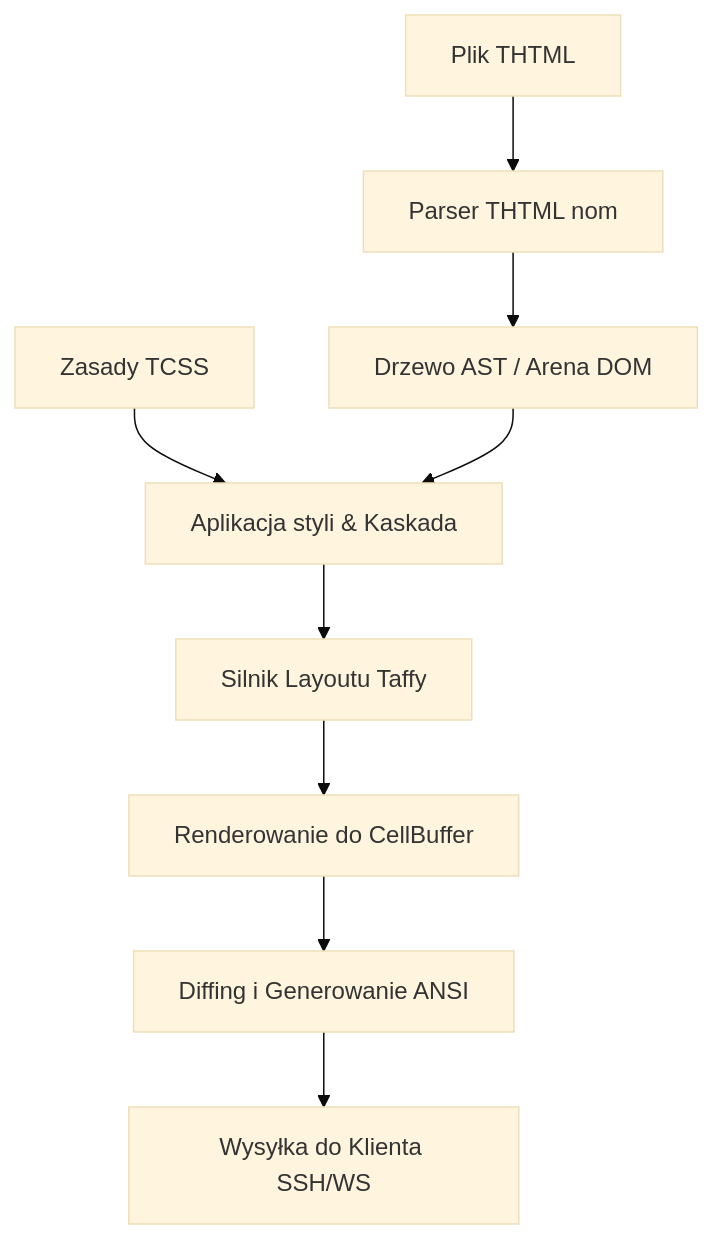
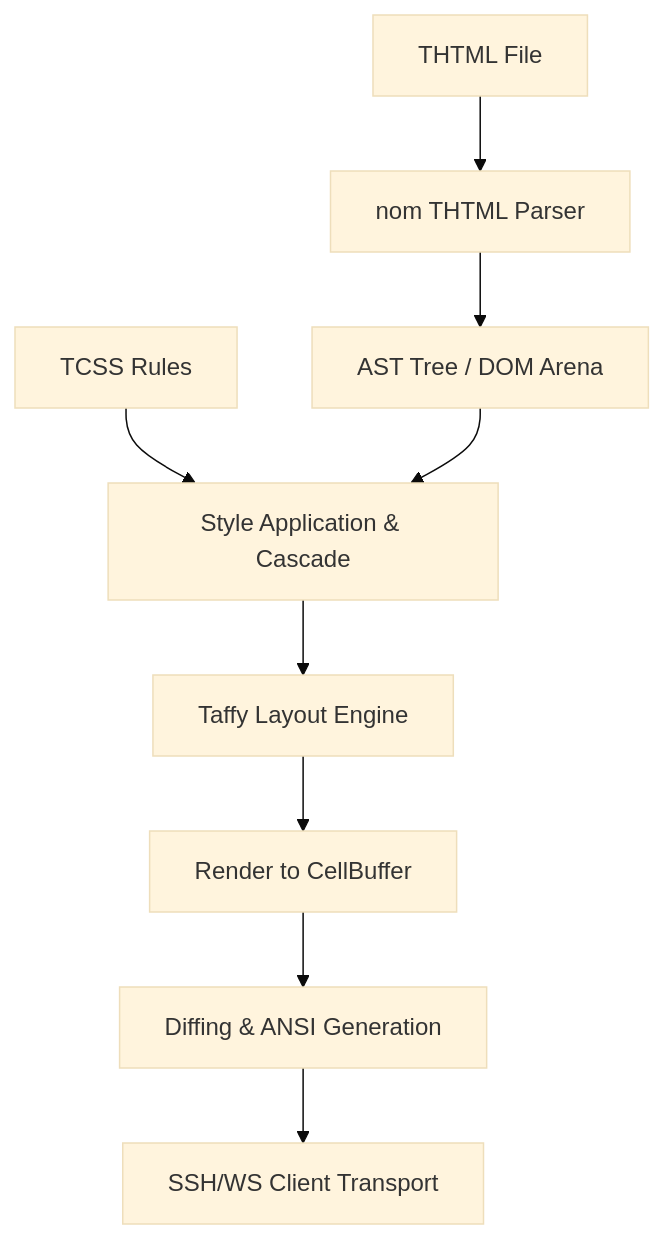
Before and after one commit to slavek-is-hyperreal/oxiterm: the diagram in docs/ARCHITECTURE.md, drawn with Mermaid (base theme). The commit also changed other lines of this file and 16 other files, not shown here.

````diff
--- a/docs/ARCHITECTURE.md
+++ b/docs/ARCHITECTURE.md
@@ -34,11 +34,11 @@
 ```mermaid
 graph TD
-    THTML[Plik THTML] --> Parser[Parser THTML nom]
-    Parser --> AST[Drzewo AST / Arena DOM]
-    CSS[Zasady TCSS] --> Cascade[Aplikacja styli & Kaskada]
+    THTML[THTML File] --> Parser[nom THTML Parser]
+    Parser --> AST[AST Tree / DOM Arena]
+    CSS[TCSS Rules] --> Cascade[Style Application & Cascade]
     AST --> Cascade
-    Cascade --> Layout[Silnik Layoutu Taffy]
-    Layout --> Render[Renderowanie do CellBuffer]
-    Render --> Diff[Diffing i Generowanie ANSI]
-    Diff --> Transport[Wysyłka do Klienta SSH/WS]
+    Cascade --> Layout[Taffy Layout Engine]
+    Layout --> Render[Render to CellBuffer]
+    Render --> Diff[Diffing & ANSI Generation]
+    Diff --> Transport[SSH/WS Client Transport]
 ```
````
